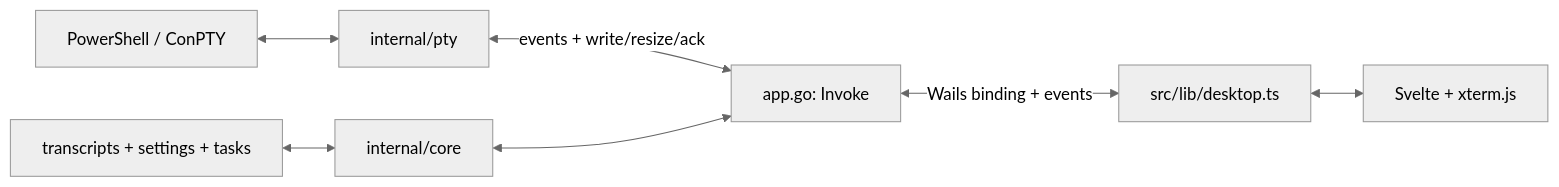
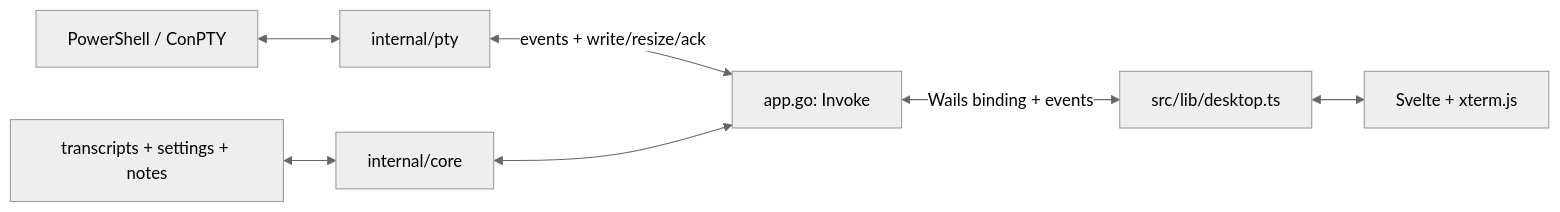
One commit to arghya2801/agent-terminal-control changed the diagram in ARCHITECTURE.md. Above: the diagram before and after it, drawn with Mermaid (neutral theme). The commit also changed other lines of this file and 2 other files, not shown here.

Commit message:
docs: Open view and notes pad

````diff
--- a/ARCHITECTURE.md
+++ b/ARCHITECTURE.md
@@ -10,9 +10,9 @@
 ```mermaid
 graph LR
   Shell[PowerShell / ConPTY] <--> PTY[internal/pty]
   PTY <-->|events + write/resize/ack| App[app.go: Invoke]
-  Files[transcripts + settings + tasks] <--> Core[internal/core]
+  Files[transcripts + settings + notes] <--> Core[internal/core]
   Core <--> App
   App <-->|Wails binding + events| Transport[src/lib/desktop.ts]
   Transport <--> UI[Svelte + xterm.js]
 ```
````
